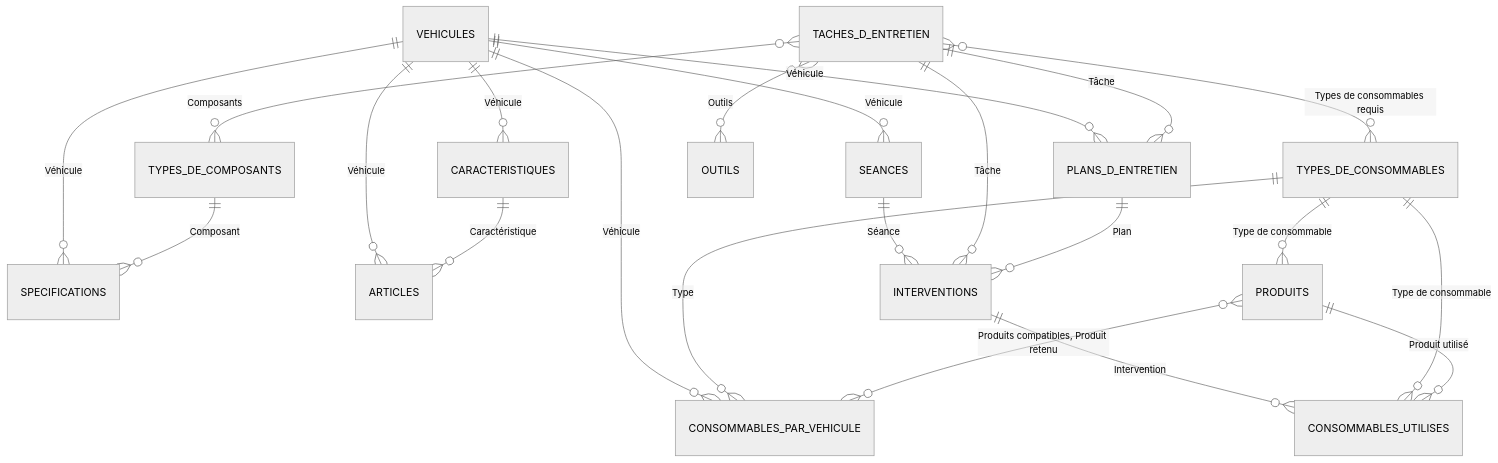
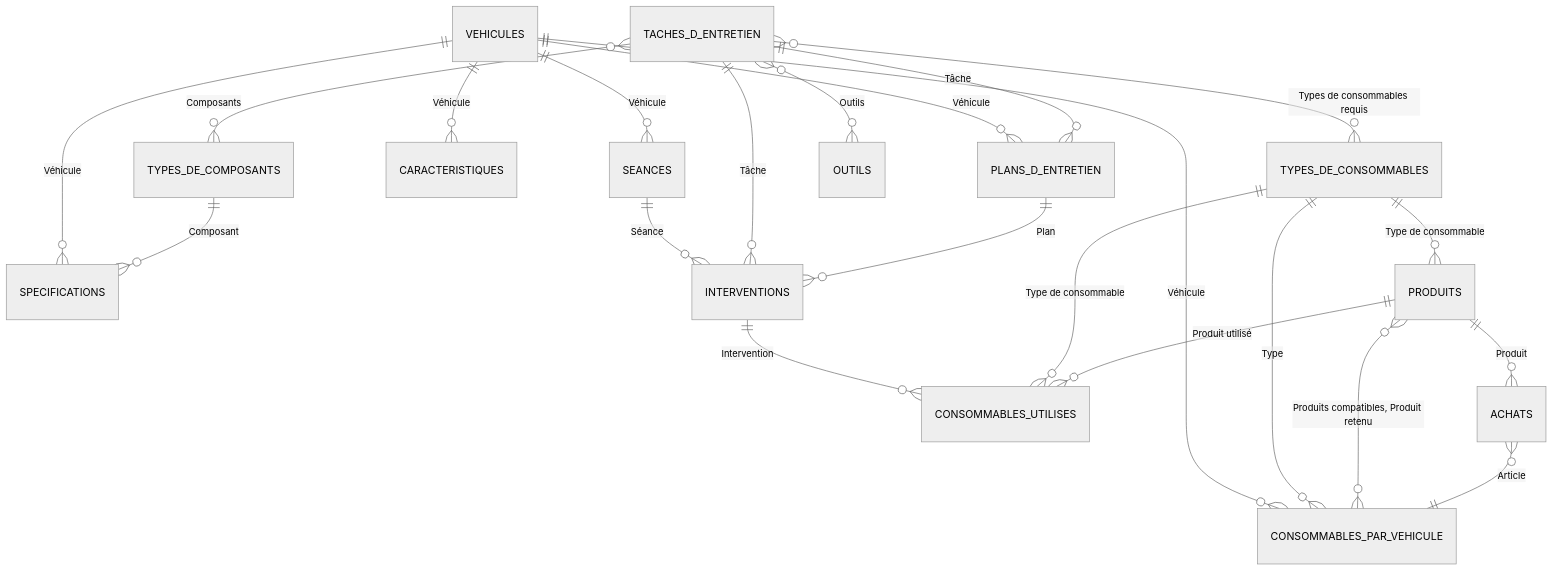
The diagram in docs/notion-databases.md (tmy-code/tmy_garage), drawn with Mermaid (neutral theme) before and after one commit. The commit also changed other lines of this file and 44 other files, not shown here.

````diff
--- a/docs/notion-databases.md
+++ b/docs/notion-databases.md
@@ -16,24 +16,24 @@
 ```mermaid
 erDiagram
     VEHICULES ||--o{ SPECIFICATIONS : "Véhicule"
     VEHICULES ||--o{ CONSOMMABLES_PAR_VEHICULE : "Véhicule"
     VEHICULES ||--o{ PLANS_D_ENTRETIEN : "Véhicule"
     VEHICULES ||--o{ SEANCES : "Véhicule"
-    VEHICULES ||--o{ ARTICLES : "Véhicule"
     VEHICULES ||--o{ CARACTERISTIQUES : "Véhicule"
     TACHES_D_ENTRETIEN ||--o{ PLANS_D_ENTRETIEN : "Tâche"
     TACHES_D_ENTRETIEN }o--o{ TYPES_DE_CONSOMMABLES : "Types de consommables requis"
     TACHES_D_ENTRETIEN }o--o{ TYPES_DE_COMPOSANTS : "Composants"
     TACHES_D_ENTRETIEN }o--o{ OUTILS : "Outils"
     TYPES_DE_COMPOSANTS ||--o{ SPECIFICATIONS : "Composant"
     TYPES_DE_CONSOMMABLES ||--o{ PRODUITS : "Type de consommable"
     TYPES_DE_CONSOMMABLES ||--o{ CONSOMMABLES_PAR_VEHICULE : "Type"
     PRODUITS }o--o{ CONSOMMABLES_PAR_VEHICULE : "Produits compatibles, Produit retenu"
     SEANCES ||--o{ INTERVENTIONS : "Séance"
     TACHES_D_ENTRETIEN ||--o{ INTERVENTIONS : "Tâche"
     PLANS_D_ENTRETIEN ||--o{ INTERVENTIONS : "Plan"
     INTERVENTIONS ||--o{ CONSOMMABLES_UTILISES : "Intervention"
     TYPES_DE_CONSOMMABLES ||--o{ CONSOMMABLES_UTILISES : "Type de consommable"
     PRODUITS ||--o{ CONSOMMABLES_UTILISES : "Produit utilisé"
-    CARACTERISTIQUES ||--o{ ARTICLES : "Caractéristique"
+    ACHATS }o--|| CONSOMMABLES_PAR_VEHICULE : "Article"
+    PRODUITS ||--o{ ACHATS : "Produit"
 ```
````
